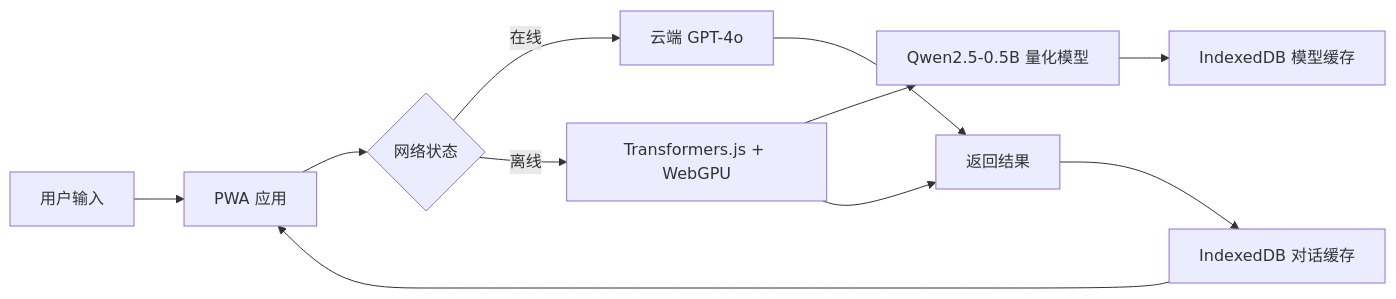
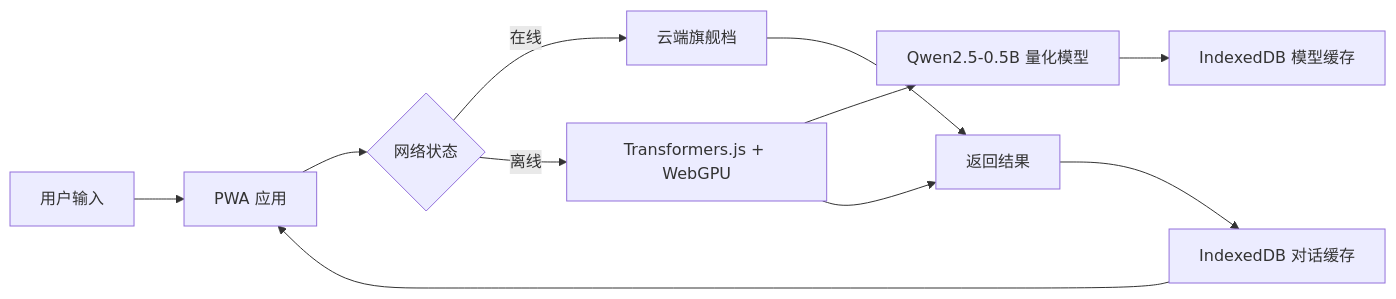
The third of 10 diagrams in docs/S5-AI/01-实战篇/08-开发实战与架构指南.md (KMaybe01/interview-demo), drawn with Mermaid before and after one commit. The commit also changed other lines of this file and 27 other files, not shown here.

````diff
--- a/docs/S5-AI/01-实战篇/08-开发实战与架构指南.md
+++ b/docs/S5-AI/01-实战篇/08-开发实战与架构指南.md
@@ -794,13 +797,13 @@
 ```mermaid
 graph LR
     A[用户输入] --> B[PWA 应用]
     B --> C{网络状态}
-    C -->|在线| D[云端 GPT-4o]
+    C -->|在线| D[云端旗舰档]
     C -->|离线| E[Transformers.js + WebGPU]
     E --> F[Qwen2.5-0.5B 量化模型]
     F --> G[IndexedDB 模型缓存]
     E --> H[返回结果]
     D --> H
     H --> I[IndexedDB 对话缓存]
     I --> B
 ```
````
